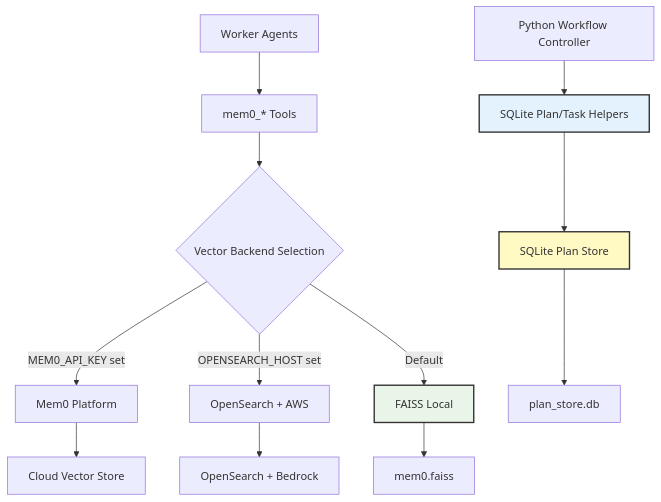
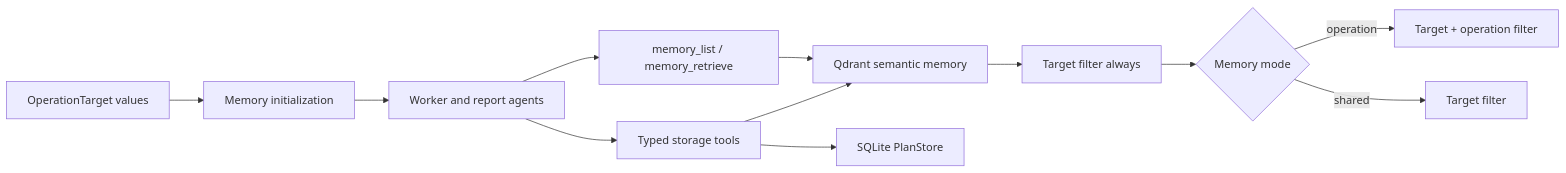
The diagram in docs/memory.md (double16/Cyber-AutoAgent-ng), drawn with Mermaid before and after one commit. The commit also changed other lines of this file and 82 other files, not shown here.

Commit message:
Replace mem0/opensearch/faiss with Qdrant. For local, use the same database across all operations to be in parity with a hosted solution.

````diff
--- a/docs/memory.md
+++ b/docs/memory.md
@@ -20,20 +13,14 @@
 ```mermaid
-graph TD
-    A[Python Workflow Controller] --> B[SQLite Plan/Task Helpers]
-    C[Worker Agents] --> D[mem0_* Tools]
-    B --> E[SQLite Plan Store]
-    D --> F{Vector Backend Selection}
-
-    F -->|MEM0_API_KEY set| G[Mem0 Platform]
-    F -->|OPENSEARCH_HOST set| H[OpenSearch + AWS]
-    F -->|Default| I[FAISS Local]
-
-    E --> J[plan_store.db]
-    G --> K[Cloud Vector Store]
-    H --> L[OpenSearch + Bedrock]
-    I --> M[mem0.faiss]
-
-    style B fill:#e3f2fd,stroke:#333,stroke-width:2px
-    style E fill:#fff9c4,stroke:#333,stroke-width:2px
-    style I fill:#e8f5e8,stroke:#333,stroke-width:2px
+flowchart LR
+    A[OperationTarget values] --> B[Memory initialization]
+    B --> C[Worker and report agents]
+    C --> D[memory_list / memory_retrieve]
+    C --> E[Typed storage tools]
+    D --> F[Qdrant semantic memory]
+    E --> F
+    E --> G[SQLite PlanStore]
+    F --> H[Target filter always]
+    H --> I{Memory mode}
+    I -->|operation| J[Target + operation filter]
+    I -->|shared| K[Target filter]
 ```
````
